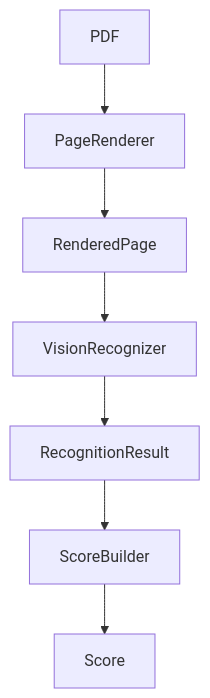
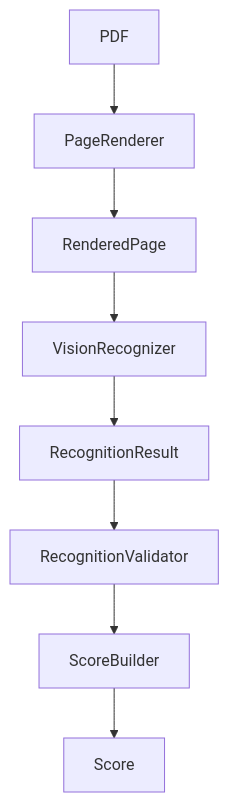
The diagram in docs/architecture/recognition_pipeline.md (takigawa401/Sheet2DrumMidi), drawn with Mermaid before and after one commit. The commit also changed other lines of this file and 6 other files, not shown here.

````diff
--- a/docs/architecture/recognition_pipeline.md
+++ b/docs/architecture/recognition_pipeline.md
@@ -9,9 +9,10 @@
 ```mermaid
 flowchart TD
     PDF[PDF] --> PageRenderer[PageRenderer]
     PageRenderer --> RenderedPage[RenderedPage]
     RenderedPage --> VisionRecognizer[VisionRecognizer]
     VisionRecognizer --> RecognitionResult[RecognitionResult]
-    RecognitionResult --> ScoreBuilder[ScoreBuilder]
+    RecognitionResult --> RecognitionValidator[RecognitionValidator]
+    RecognitionValidator --> ScoreBuilder[ScoreBuilder]
     ScoreBuilder --> Score[Score]
 ```
````
